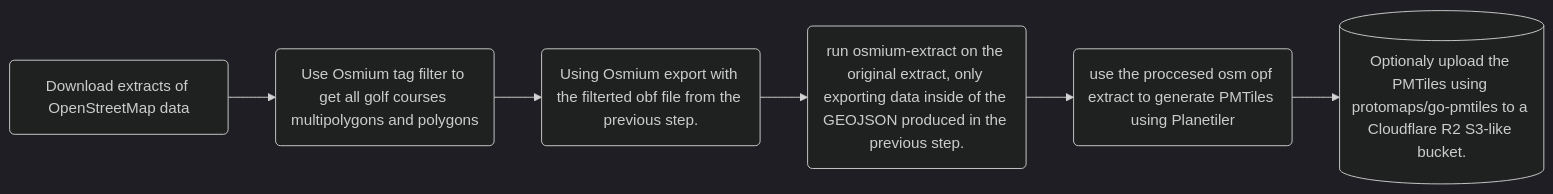
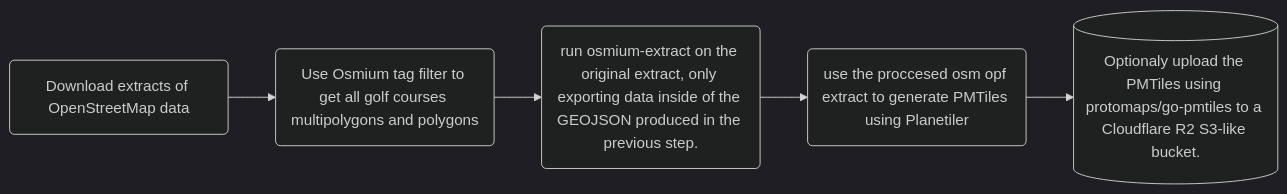
The diagram in README.md (HuggeK/golfTiles), drawn with Mermaid (dark theme) before and after one commit. The commit also changed other lines of this file and 6 other files, not shown here.

Commit message:
Added more experiments off shell-files, removing the geojson step in the plan.

````diff
--- a/README.md
+++ b/README.md
@@ -38,11 +46,10 @@
 ```mermaid
 flowchart LR
-   download(Download extracts of OpenStreetMap data) --> tagfilter(Use Osmium tag filter to get all golf courses multipolygons and polygons)  --> osmiumExportPolygons(Using Osmium export with the filterted obf file from the previous step. ) --> osmiumGeographicExtract(run osmium-extract on the original extract, only exporting data inside of the GEOJSON produced in the previous step.) --> Planetiler(use the proccesed osm opf extract to generate PMTiles using Planetiler) --> upload[(Optionaly upload the PMTiles using protomaps/go-pmtiles to a Cloudflare R2 S3-like bucket.)]
+   download(Download extracts of OpenStreetMap data) --> tagfilter(Use Osmium tag filter to get all golf courses multipolygons and polygons) --> osmiumGeographicExtract(run osmium-extract on the original extract, only exporting data inside of the GEOJSON produced in the previous step.) --> Planetiler(use the proccesed osm opf extract to generate PMTiles using Planetiler) --> upload[(Optionaly upload the PMTiles using protomaps/go-pmtiles to a Cloudflare R2 S3-like bucket.)]
 click download "https://switch2osm.org/serving-tiles/#System-requirements"
 click tagfilter "https://docs.osmcode.org/osmium/latest/osmium-tags-filter.html"
-click osmiumExportPolygons "https://docs.osmcode.org/osmium/latest/osmium-export.html"
 click osmiumGeographicExtract "https://docs.osmcode.org/osmium/latest/osmium-extract.html"
 click Planetiler "https://github.com/openmaptiles/openmaptiles"
 click upload "https://docs.protomaps.com/pmtiles/cloud-storage"
 
 ```
````
